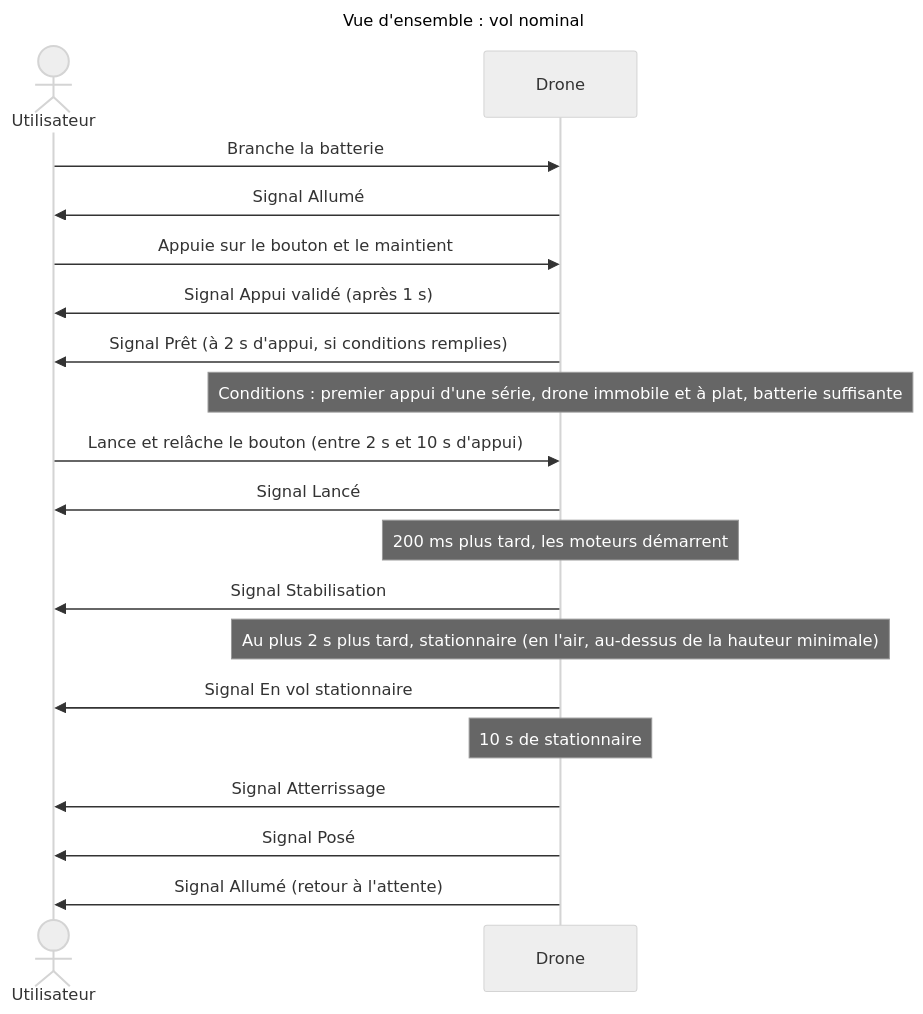
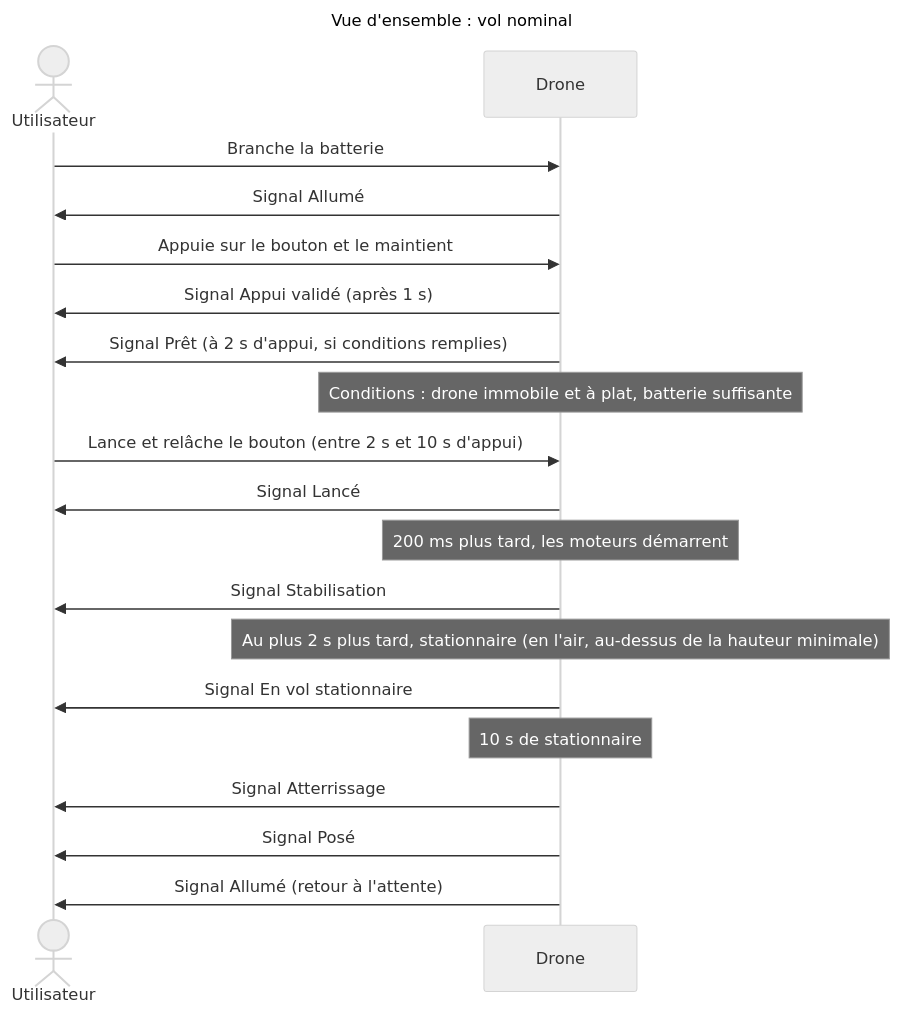
The first of 16 diagrams in projets/boomrone/00-scenarios.md (thourymatthieu-png/coworker_archi_system), drawn with Mermaid (neutral theme) before and after one commit. The commit also changed other lines of this file and 11 other files, not shown here.

````diff
--- a/projets/boomrone/00-scenarios.md
+++ b/projets/boomrone/00-scenarios.md
@@ -11,24 +30,24 @@
 ```mermaid
 ---
 title: "Vue d'ensemble : vol nominal"
 ---
 sequenceDiagram
     actor U as Utilisateur
     participant D as Drone
     U->>D: Branche la batterie
     D->>U: Signal Allumé
     U->>D: Appuie sur le bouton et le maintient
     D->>U: Signal Appui validé (après 1 s)
     D->>U: Signal Prêt (à 2 s d'appui, si conditions remplies)
-    Note over D: Conditions : premier appui d'une série, drone immobile et à plat, batterie suffisante
+    Note over D: Conditions : drone immobile et à plat, batterie suffisante
     U->>D: Lance et relâche le bouton (entre 2 s et 10 s d'appui)
     D->>U: Signal Lancé
     Note over D: 200 ms plus tard, les moteurs démarrent
     D->>U: Signal Stabilisation
     Note over D: Au plus 2 s plus tard, stationnaire (en l'air, au-dessus de la hauteur minimale)
     D->>U: Signal En vol stationnaire
     Note over D: 10 s de stationnaire
     D->>U: Signal Atterrissage
     D->>U: Signal Posé
     D->>U: Signal Allumé (retour à l'attente)
 ```
````
